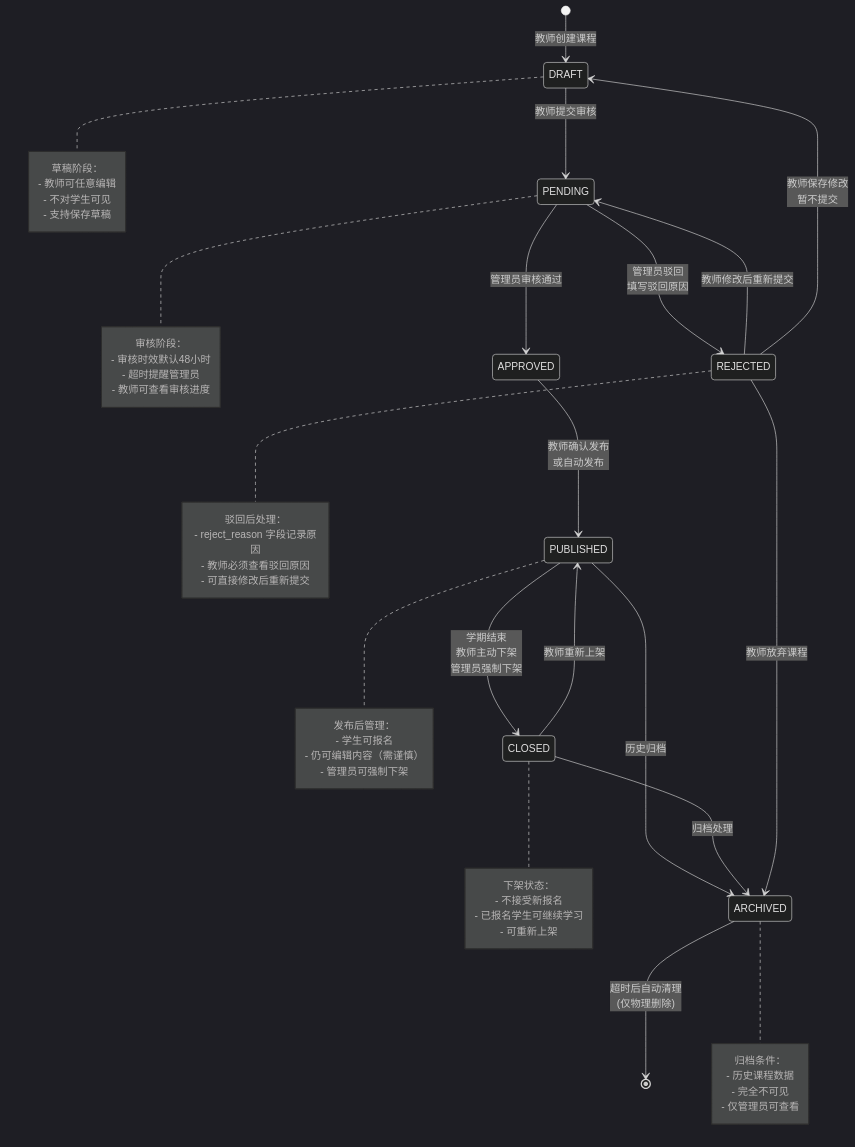
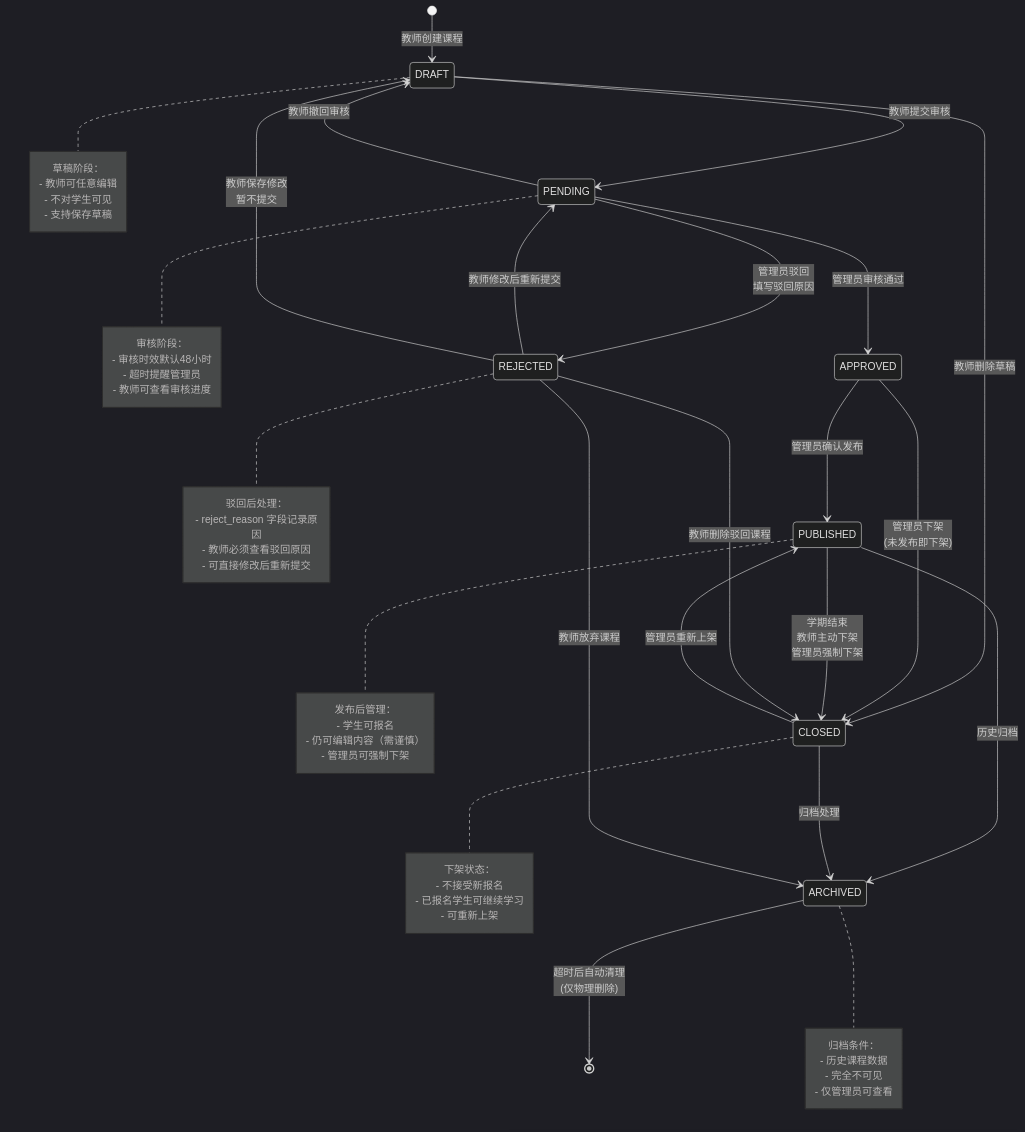
Before and after one commit to ailyedu2030/micro-course: the second of 8 diagrams in docs/状态机设计.md, drawn with Mermaid (dark theme). The commit also changed other lines of this file and 259 other files, not shown here.

````diff
--- a/docs/状态机设计.md
+++ b/docs/状态机设计.md
@@ -175,58 +175,62 @@
 ```mermaid
 stateDiagram-v2
     [*] --> DRAFT: 教师创建课程
     DRAFT --> PENDING: 教师提交审核
+    DRAFT --> CLOSED: 教师删除草稿
     PENDING --> APPROVED: 管理员审核通过
     PENDING --> REJECTED: 管理员驳回<br/>填写驳回原因
-    APPROVED --> PUBLISHED: 教师确认发布<br/>或自动发布
+    PENDING --> DRAFT: 教师撤回审核
+    APPROVED --> PUBLISHED: 管理员确认发布
+    APPROVED --> CLOSED: 管理员下架<br/>(未发布即下架)
     PUBLISHED --> CLOSED: 学期结束<br/>教师主动下架<br/>管理员强制下架
     PUBLISHED --> ARCHIVED: 历史归档
-    CLOSED --> PUBLISHED: 教师重新上架
+    CLOSED --> PUBLISHED: 管理员重新上架
     CLOSED --> ARCHIVED: 归档处理
     REJECTED --> PENDING: 教师修改后重新提交
     REJECTED --> DRAFT: 教师保存修改<br/>暂不提交
+    REJECTED --> CLOSED: 教师删除驳回课程
     REJECTED --> ARCHIVED: 教师放弃课程
     ARCHIVED --> [*]: 超时后自动清理<br/>(仅物理删除)
 
     note right of DRAFT
         草稿阶段：
         - 教师可任意编辑
         - 不对学生可见
         - 支持保存草稿
     end note
 
     note right of PENDING
         审核阶段：
         - 审核时效默认48小时
         - 超时提醒管理员
         - 教师可查看审核进度
     end note
 
     note right of REJECTED
         驳回后处理：
         - reject_reason 字段记录原因
         - 教师必须查看驳回原因
         - 可直接修改后重新提交
     end note
 
     note right of PUBLISHED
         发布后管理：
         - 学生可报名
         - 仍可编辑内容（需谨慎）
         - 管理员可强制下架
     end note
 
     note right of CLOSED
         下架状态：
         - 不接受新报名
         - 已报名学生可继续学习
         - 可重新上架
     end note
 
     note right of ARCHIVED
         归档条件：
         - 历史课程数据
         - 完全不可见
         - 仅管理员可查看
     end note
 ```
````
